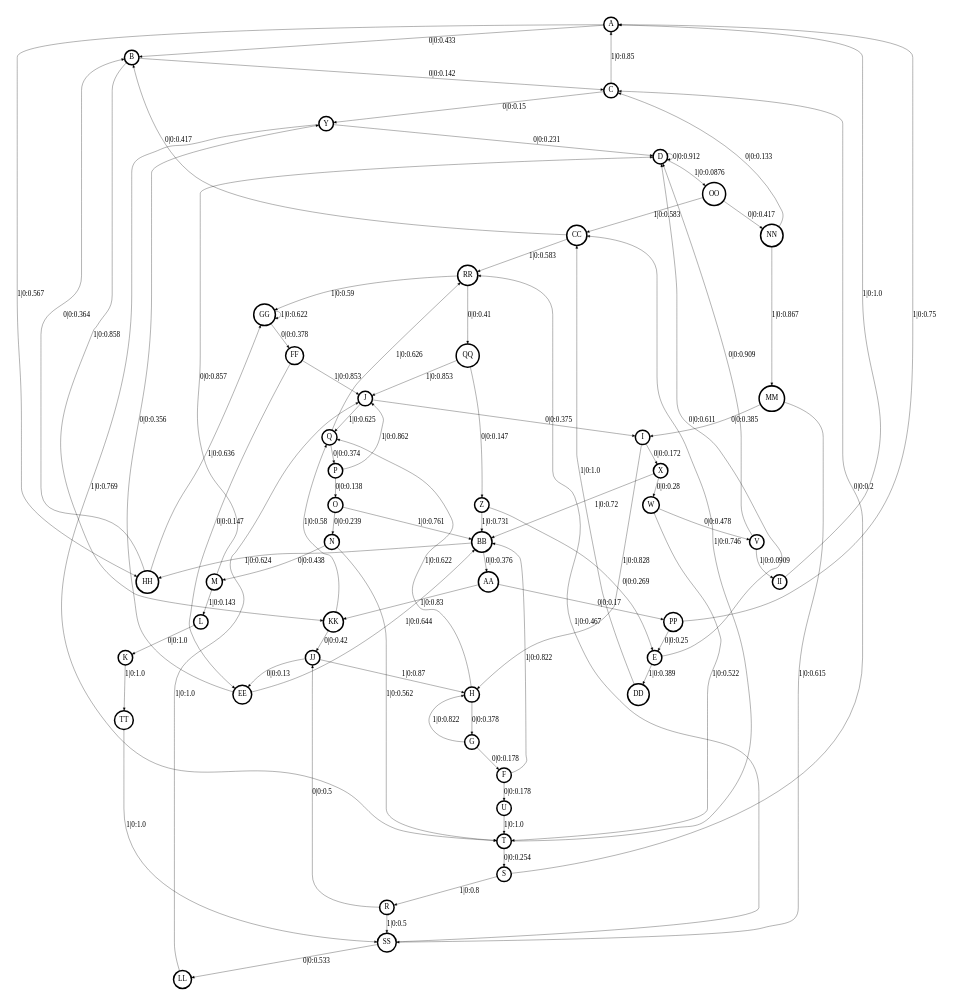
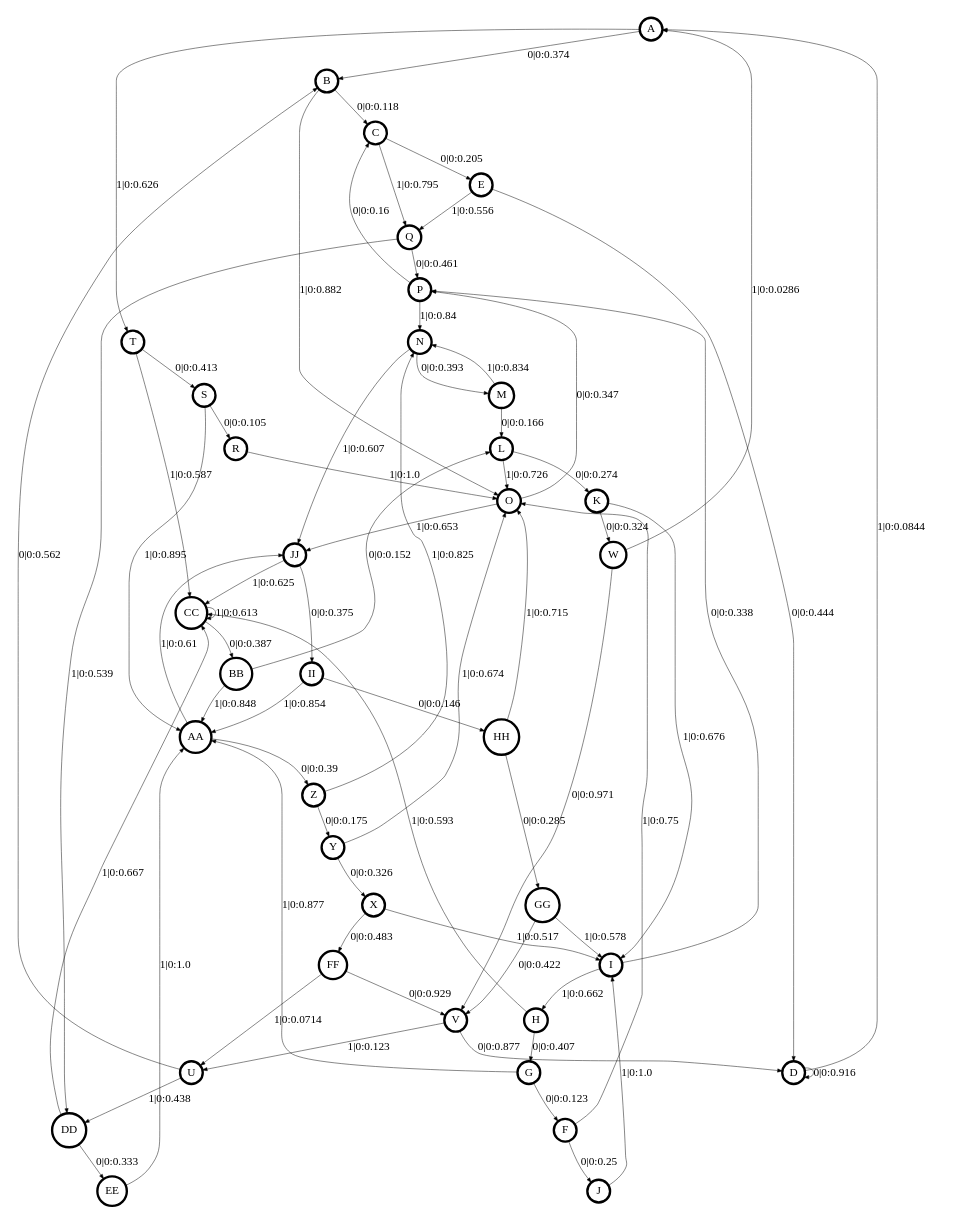
Before and after one commit to ddarmon/transCSSR: the diagram in transCSSR_results/+complex-csm.dot, drawn with Graphviz. The commit also changed 15 other files, not shown here.

```diff
--- a/transCSSR_results/+complex-csm.dot
+++ b/transCSSR_results/+complex-csm.dot
@@ -1,97 +1,81 @@
 digraph  {
 size = "6,8.5";
 ratio = "fill";
 node
 [shape = circle];
 node [fontsize = 24];
 node [penwidth = 5];
 edge [fontsize = 24];
 node [fontname = "CMU Serif Roman"];
 graph [fontname = "CMU Serif Roman"];
 edge [fontname = "CMU Serif Roman"];
-A -> B [label = "0|0:0.433\l"];
-A -> HH [label = "1|0:0.567\l"];
-B -> C [label = "0|0:0.142\l"];
-B -> KK [label = "1|0:0.858\l"];
-C -> A [label = "1|0:0.85\l"];
-C -> Y [label = "0|0:0.15\l"];
-D -> D [label = "0|0:0.912\l"];
-D -> OO [label = "1|0:0.0876\l"];
-E -> D [label = "0|0:0.611\l"];
-E -> DD [label = "1|0:0.389\l"];
-F -> U [label = "0|0:0.178\l"];
-F -> BB [label = "1|0:0.822\l"];
-G -> F [label = "0|0:0.178\l"];
-G -> H [label = "1|0:0.822\l"];
-H -> G [label = "0|0:0.378\l"];
-H -> Q [label = "1|0:0.622\l"];
-I -> H [label = "1|0:0.828\l"];
-I -> X [label = "0|0:0.172\l"];
-J -> I [label = "0|0:0.375\l"];
-J -> Q [label = "1|0:0.625\l"];
-K -> TT [label = "1|0:1.0\l"];
-L -> K [label = "0|0:1.0\l"];
-M -> D [label = "0|0:0.857\l"];
-M -> L [label = "1|0:0.143\l"];
-N -> M [label = "0|0:0.438\l"];
-N -> T [label = "1|0:0.562\l"];
-O -> N [label = "0|0:0.239\l"];
-O -> BB [label = "1|0:0.761\l"];
-P -> J [label = "1|0:0.862\l"];
-P -> O [label = "0|0:0.138\l"];
-Q -> P [label = "0|0:0.374\l"];
-Q -> RR [label = "1|0:0.626\l"];
-R -> JJ [label = "0|0:0.5\l"];
-R -> SS [label = "1|0:0.5\l"];
-S -> C [label = "0|0:0.2\l"];
-S -> R [label = "1|0:0.8\l"];
-T -> S [label = "0|0:0.254\l"];
-T -> CC [label = "1|0:0.746\l"];
-U -> T [label = "1|0:1.0\l"];
-V -> D [label = "0|0:0.909\l"];
-V -> II [label = "1|0:0.0909\l"];
-W -> T [label = "1|0:0.522\l"];
-W -> V [label = "0|0:0.478\l"];
-X -> W [label = "0|0:0.28\l"];
-X -> BB [label = "1|0:0.72\l"];
-Y -> D [label = "0|0:0.231\l"];
-Y -> T [label = "1|0:0.769\l"];
-Z -> E [label = "0|0:0.269\l"];
-Z -> BB [label = "1|0:0.731\l"];
-AA -> KK [label = "1|0:0.83\l"];
-AA -> PP [label = "0|0:0.17\l"];
-BB -> AA [label = "0|0:0.376\l"];
-BB -> HH [label = "1|0:0.624\l"];
-CC -> B [label = "0|0:0.417\l"];
-CC -> RR [label = "1|0:0.583\l"];
-DD -> CC [label = "1|0:1.0\l"];
-EE -> Y [label = "0|0:0.356\l"];
-EE -> BB [label = "1|0:0.644\l"];
-FF -> J [label = "1|0:0.853\l"];
-FF -> EE [label = "0|0:0.147\l"];
-GG -> FF [label = "0|0:0.378\l"];
-GG -> GG [label = "1|0:0.622\l"];
-HH -> B [label = "0|0:0.364\l"];
-HH -> GG [label = "1|0:0.636\l"];
-II -> A [label = "1|0:1.0\l"];
-JJ -> H [label = "1|0:0.87\l"];
-JJ -> EE [label = "0|0:0.13\l"];
-KK -> Q [label = "1|0:0.58\l"];
-KK -> JJ [label = "0|0:0.42\l"];
-LL -> J [label = "1|0:1.0\l"];
-MM -> I [label = "0|0:0.385\l"];
-MM -> SS [label = "1|0:0.615\l"];
-NN -> C [label = "0|0:0.133\l"];
-NN -> MM [label = "1|0:0.867\l"];
-OO -> CC [label = "1|0:0.583\l"];
-OO -> NN [label = "0|0:0.417\l"];
-PP -> A [label = "1|0:0.75\l"];
-PP -> E [label = "0|0:0.25\l"];
-QQ -> J [label = "1|0:0.853\l"];
-QQ -> Z [label = "0|0:0.147\l"];
-RR -> GG [label = "1|0:0.59\l"];
-RR -> QQ [label = "0|0:0.41\l"];
-SS -> LL [label = "0|0:0.533\l"];
-SS -> RR [label = "1|0:0.467\l"];
-TT -> SS [label = "1|0:1.0\l"];
+A -> B [label = "0|0:0.374\l"];
+A -> T [label = "1|0:0.626\l"];
+B -> C [label = "0|0:0.118\l"];
+B -> O [label = "1|0:0.882\l"];
+C -> E [label = "0|0:0.205\l"];
+C -> Q [label = "1|0:0.795\l"];
+D -> A [label = "1|0:0.0844\l"];
+D -> D [label = "0|0:0.916\l"];
+E -> D [label = "0|0:0.444\l"];
+E -> Q [label = "1|0:0.556\l"];
+F -> J [label = "0|0:0.25\l"];
+F -> O [label = "1|0:0.75\l"];
+G -> F [label = "0|0:0.123\l"];
+G -> AA [label = "1|0:0.877\l"];
+H -> G [label = "0|0:0.407\l"];
+H -> CC [label = "1|0:0.593\l"];
+I -> H [label = "1|0:0.662\l"];
+I -> P [label = "0|0:0.338\l"];
+J -> I [label = "1|0:1.0\l"];
+K -> I [label = "1|0:0.676\l"];
+K -> W [label = "0|0:0.324\l"];
+L -> K [label = "0|0:0.274\l"];
+L -> O [label = "1|0:0.726\l"];
+M -> L [label = "0|0:0.166\l"];
+M -> N [label = "1|0:0.834\l"];
+N -> M [label = "0|0:0.393\l"];
+N -> JJ [label = "1|0:0.607\l"];
+O -> P [label = "0|0:0.347\l"];
+O -> JJ [label = "1|0:0.653\l"];
+P -> C [label = "0|0:0.16\l"];
+P -> N [label = "1|0:0.84\l"];
+Q -> P [label = "0|0:0.461\l"];
+Q -> DD [label = "1|0:0.539\l"];
+R -> O [label = "1|0:1.0\l"];
+S -> R [label = "0|0:0.105\l"];
+S -> AA [label = "1|0:0.895\l"];
+T -> S [label = "0|0:0.413\l"];
+T -> CC [label = "1|0:0.587\l"];
+U -> B [label = "0|0:0.562\l"];
+U -> DD [label = "1|0:0.438\l"];
+V -> D [label = "0|0:0.877\l"];
+V -> U [label = "1|0:0.123\l"];
+W -> A [label = "1|0:0.0286\l"];
+W -> V [label = "0|0:0.971\l"];
+X -> I [label = "1|0:0.517\l"];
+X -> FF [label = "0|0:0.483\l"];
+Y -> O [label = "1|0:0.674\l"];
+Y -> X [label = "0|0:0.326\l"];
+Z -> N [label = "1|0:0.825\l"];
+Z -> Y [label = "0|0:0.175\l"];
+AA -> Z [label = "0|0:0.39\l"];
+AA -> JJ [label = "1|0:0.61\l"];
+BB -> L [label = "0|0:0.152\l"];
+BB -> AA [label = "1|0:0.848\l"];
+CC -> BB [label = "0|0:0.387\l"];
+CC -> CC [label = "1|0:0.613\l"];
+DD -> CC [label = "1|0:0.667\l"];
+DD -> EE [label = "0|0:0.333\l"];
+EE -> AA [label = "1|0:1.0\l"];
+FF -> U [label = "1|0:0.0714\l"];
+FF -> V [label = "0|0:0.929\l"];
+GG -> I [label = "1|0:0.578\l"];
+GG -> V [label = "0|0:0.422\l"];
+HH -> O [label = "1|0:0.715\l"];
+HH -> GG [label = "0|0:0.285\l"];
+II -> AA [label = "1|0:0.854\l"];
+II -> HH [label = "0|0:0.146\l"];
+JJ -> CC [label = "1|0:0.625\l"];
+JJ -> II [label = "0|0:0.375\l"];
 }
```
